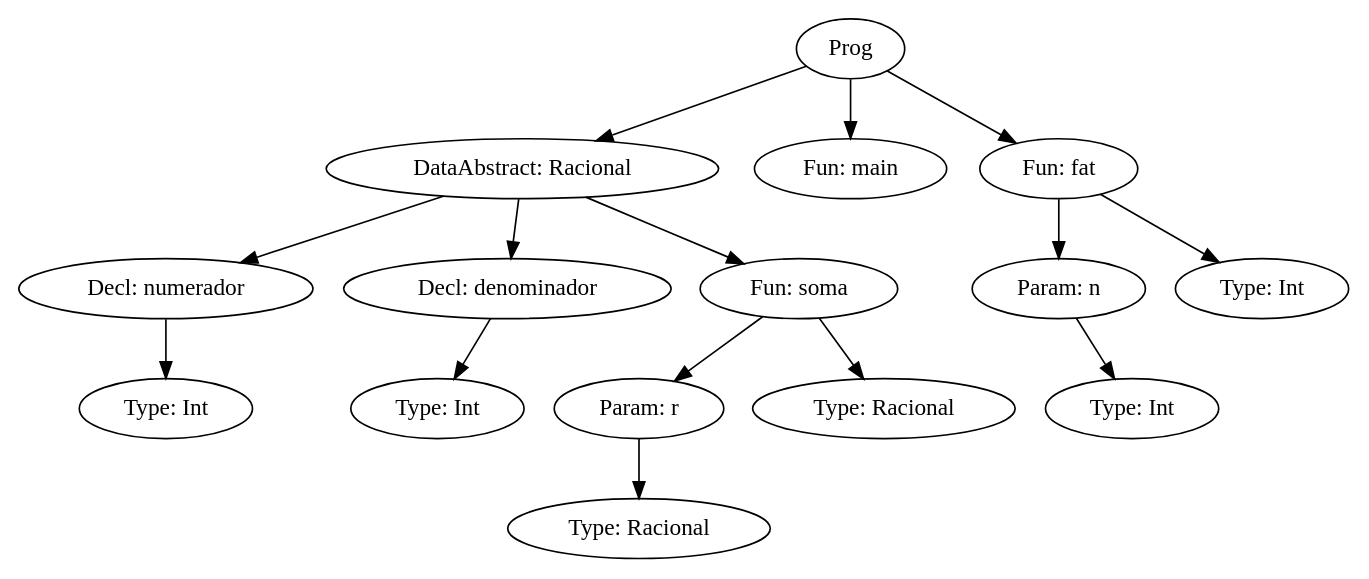
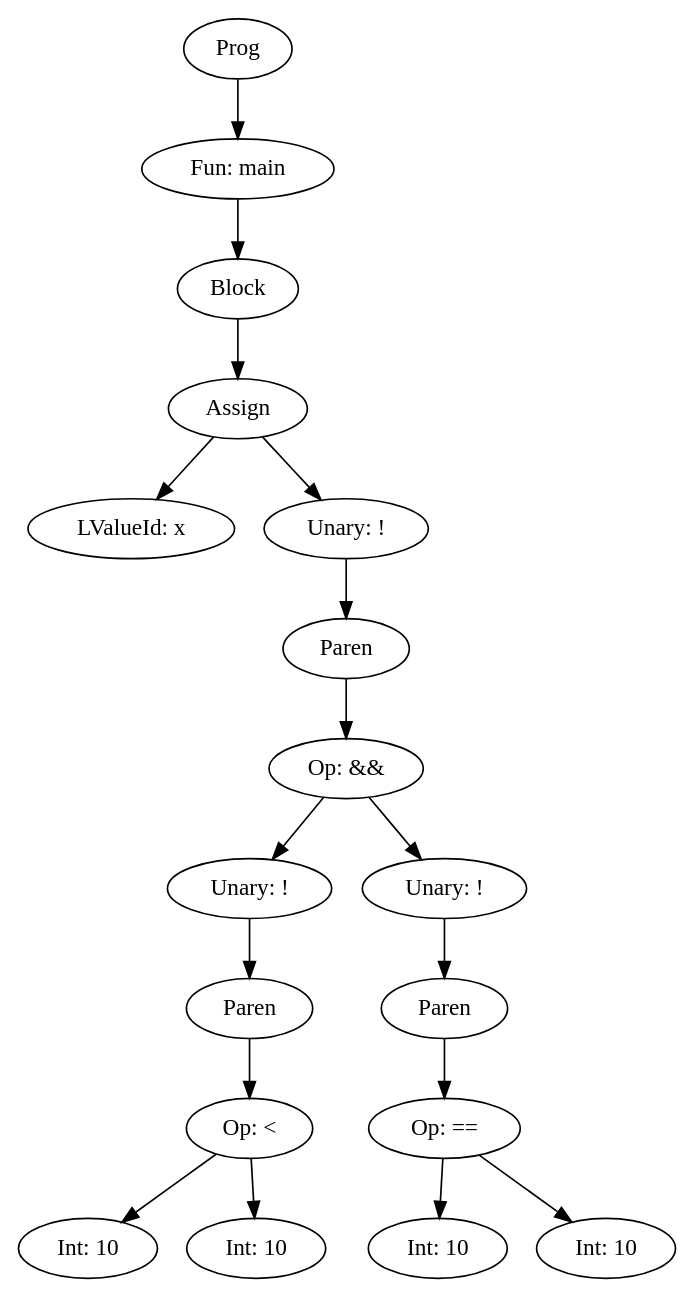
The diagram in antlr/ast.dot (Maycdouglas/trabalhoCompiladores), drawn with Graphviz before and after one commit. The commit also changed 5 other files, not shown here.

```diff
--- a/antlr/ast.dot
+++ b/antlr/ast.dot
@@ -1,31 +1,37 @@
 digraph AST {
-"Prog325333723" [label="Prog"];
-"DataAbstract1782113663" [label="DataAbstract: Racional"];
-"Prog325333723" -> "DataAbstract1782113663";
-"Decl1433867275" [label="Decl: numerador"];
-"DataAbstract1782113663" -> "Decl1433867275";
-"Type476800120" [label="Type: Int"];
-"Decl1433867275" -> "Type476800120";
-"Decl1744347043" [label="Decl: denominador"];
-"DataAbstract1782113663" -> "Decl1744347043";
-"Type1254526270" [label="Type: Int"];
-"Decl1744347043" -> "Type1254526270";
-"Fun662441761" [label="Fun: soma"];
-"DataAbstract1782113663" -> "Fun662441761";
-"Param1618212626" [label="Param: r"];
-"Fun662441761" -> "Param1618212626";
-"Type1129670968" [label="Type: Racional"];
-"Param1618212626" -> "Type1129670968";
-"Type1023714065" [label="Type: Racional"];
-"Fun662441761" -> "Type1023714065";
-"Fun2051450519" [label="Fun: main"];
-"Prog325333723" -> "Fun2051450519";
-"Fun99747242" [label="Fun: fat"];
-"Prog325333723" -> "Fun99747242";
-"Param1837543557" [label="Param: n"];
-"Fun99747242" -> "Param1837543557";
-"Type1971489295" [label="Type: Int"];
-"Param1837543557" -> "Type1971489295";
-"Type985655350" [label="Type: Int"];
-"Fun99747242" -> "Type985655350";
+"Prog708049632" [label="Prog"];
+"Fun716083600" [label="Fun: main"];
+"Prog708049632" -> "Fun716083600";
+"CmdBlock791885625" [label="Block"];
+"Fun716083600" -> "CmdBlock791885625";
+"CmdAssign2001112025" [label="Assign"];
+"CmdBlock791885625" -> "CmdAssign2001112025";
+"LValueId314265080" [label="LValueId: x"];
+"CmdAssign2001112025" -> "LValueId314265080";
+"ExpUnaryOp1288141870" [label="Unary: !"];
+"CmdAssign2001112025" -> "ExpUnaryOp1288141870";
+"ExpParen2054881392" [label="Paren"];
+"ExpUnaryOp1288141870" -> "ExpParen2054881392";
+"ExpBinOp966808741" [label="Op: &&"];
+"ExpParen2054881392" -> "ExpBinOp966808741";
+"ExpUnaryOp1908153060" [label="Unary: !"];
+"ExpBinOp966808741" -> "ExpUnaryOp1908153060";
+"ExpParen116211441" [label="Paren"];
+"ExpUnaryOp1908153060" -> "ExpParen116211441";
+"ExpBinOp607635164" [label="Op: <"];
+"ExpParen116211441" -> "ExpBinOp607635164";
+"ExpInt529116035" [label="Int: 10"];
+"ExpBinOp607635164" -> "ExpInt529116035";
+"ExpInt1018081122" [label="Int: 10"];
+"ExpBinOp607635164" -> "ExpInt1018081122";
+"ExpUnaryOp242131142" [label="Unary: !"];
+"ExpBinOp966808741" -> "ExpUnaryOp242131142";
+"ExpParen1782113663" [label="Paren"];
+"ExpUnaryOp242131142" -> "ExpParen1782113663";
+"ExpBinOp1433867275" [label="Op: =="];
+"ExpParen1782113663" -> "ExpBinOp1433867275";
+"ExpInt476800120" [label="Int: 10"];
+"ExpBinOp1433867275" -> "ExpInt476800120";
+"ExpInt1744347043" [label="Int: 10"];
+"ExpBinOp1433867275" -> "ExpInt1744347043";
 }
```
